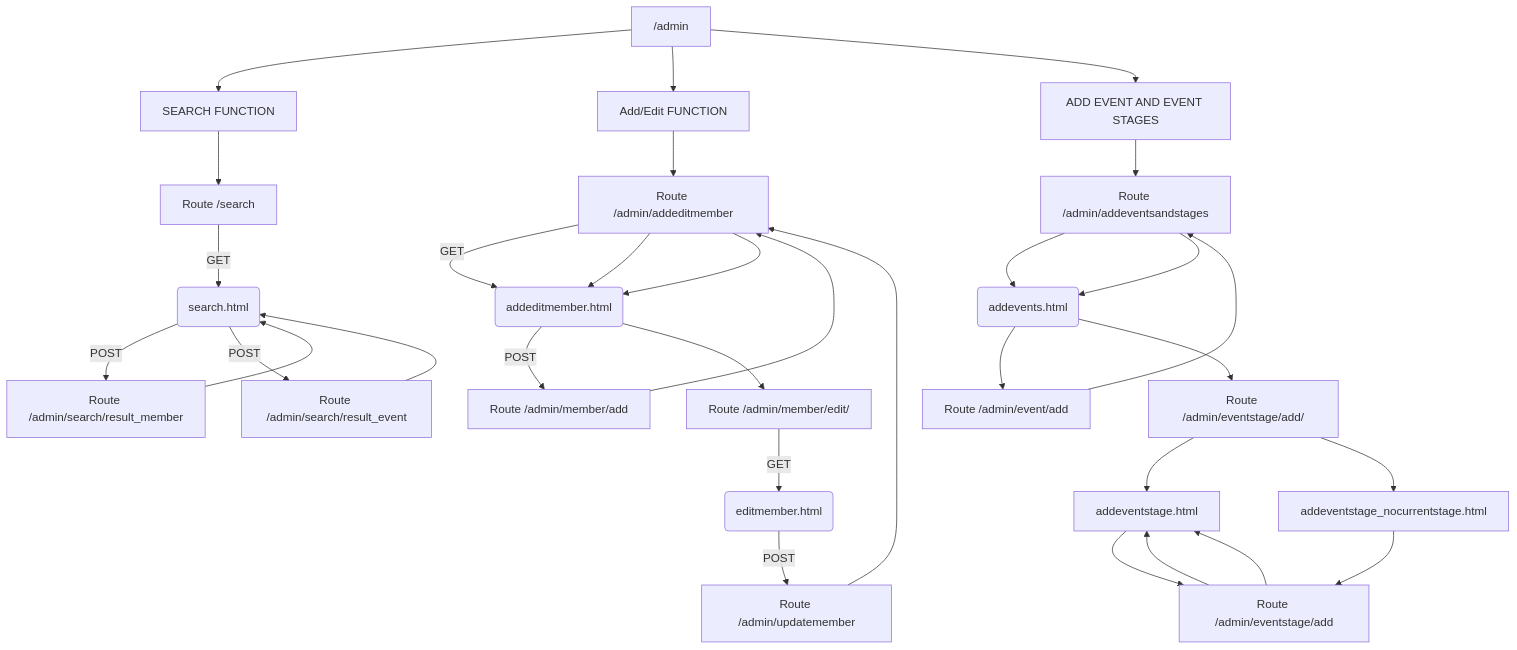
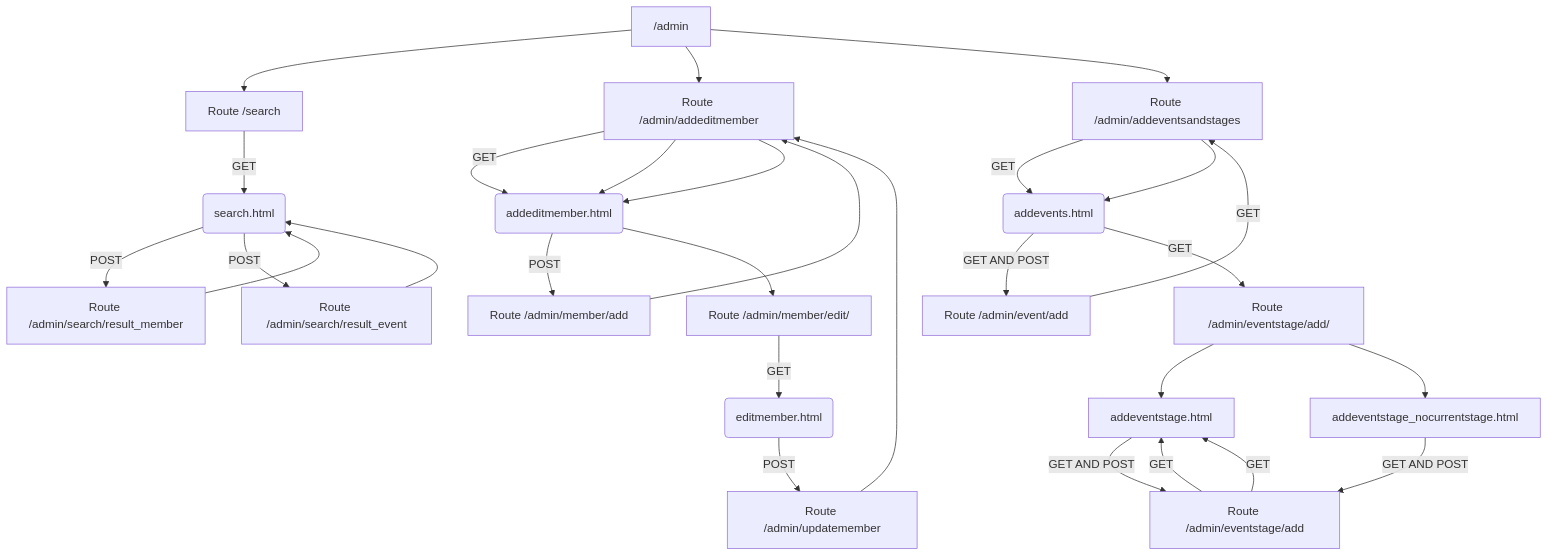
Before and after one commit to dorachenxiW/636_FinalProject: the second of 3 diagrams in README.md, drawn with Mermaid. The commit also changed other lines of this file, not shown here.

````diff
--- a/README.md
+++ b/README.md
@@ -29,15 +27,15 @@
 ```mermaid
 graph TD;
 
-/admin-->B[SEARCH FUNCTION]-->C[Route /search]-->|GET|D(search.html);
+/admin-->C[Route /search]-->|GET|D(search.html);
 D(search.html)-->|POST|E[Route /admin/search/result_member]-->D(search.html)
 D(search.html)-->|POST|F[Route /admin/search/result_event]-->D(search.html)
 
-/admin-->G[Add/Edit FUNCTION]-->H[Route /admin/addeditmember]-->|GET|I(addeditmember.html)
+/admin-->H[Route /admin/addeditmember]-->|GET|I(addeditmember.html)
 I(addeditmember.html)-->|POST|J[Route /admin/member/add]-->H[Route /admin/addeditmember]-->I(addeditmember.html)
 I(addeditmember.html)-->K[Route /admin/member/edit/<memberid>]-->|GET|L(editmember.html)-->|POST|M[Route /admin/updatemember]-->H[Route /admin/addeditmember]-->I(addeditmember.html)
    
-/admin-->N[ADD EVENT AND EVENT STAGES]-->O[Route /admin/addeventsandstages]-->P(addevents.html)-->Q[Route /admin/event/add]-->O[Route /admin/addeventsandstages]-->P(addevents.html) 
-P(addevents.html)-->S[Route /admin/eventstage/add/<eventid>]-->T[addeventstage.html]-->U[Route /admin/eventstage/add]-->T[addeventstage.html]
-S[Route /admin/eventstage/add/<eventid>]-->V[addeventstage_nocurrentstage.html]-->U[Route /admin/eventstage/add]-->T[addeventstage.html]
+/admin-->O[Route /admin/addeventsandstages]-->|GET|P(addevents.html)-->|GET AND POST|Q[Route /admin/event/add]-->|GET|O[Route /admin/addeventsandstages]-->P(addevents.html) 
+P(addevents.html)-->|GET|S[Route /admin/eventstage/add/<eventid>]-->T[addeventstage.html]-->|GET AND POST|U[Route /admin/eventstage/add]-->|GET|T[addeventstage.html]
+S[Route /admin/eventstage/add/<eventid>]-->V[addeventstage_nocurrentstage.html]-->|GET AND POST|U[Route /admin/eventstage/add]-->|GET|T[addeventstage.html]
 ```   
````
